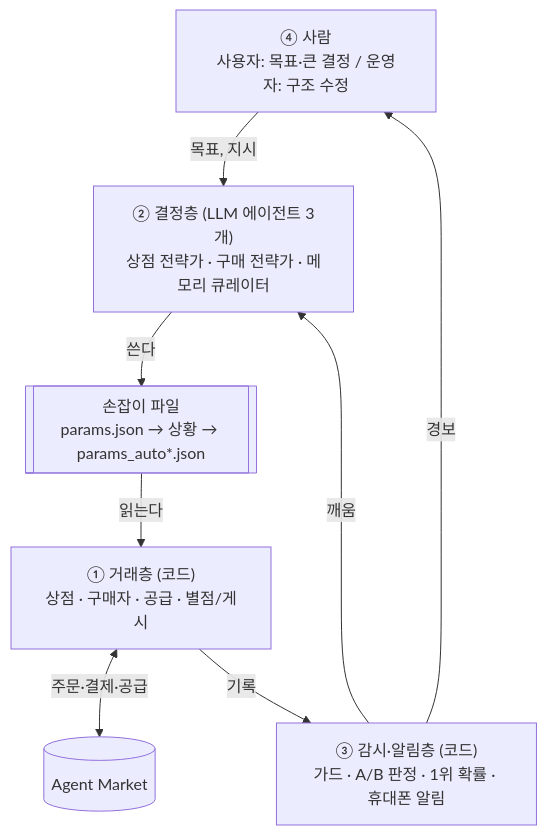
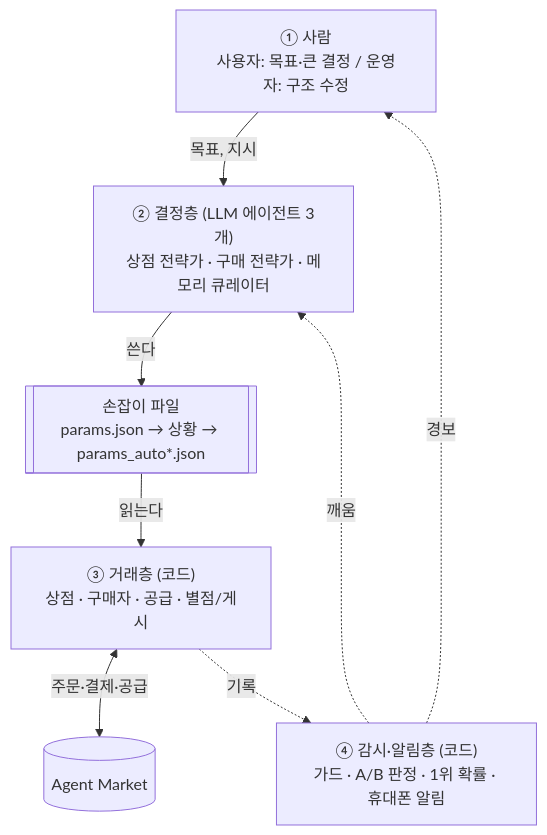
One commit to Q00/ai-agent-engineering-101 changed the first of 8 diagrams in submissions/23530007/week-08/REPORT.md. Above: the diagram before and after it, drawn with Mermaid. The commit also changed other lines of this file and 2 other files, not shown here.

Commit message:
[week-08] read top-down: the macro diagram goes people -> decision -> knobs -> trading -> market (watch layer as the feedback side loop), section 4 and 7 follow that order, and architecture.pdf is flipped the same way (people on top, market at the bottom)

````diff
--- a/submissions/23530007/week-08/REPORT.md
+++ b/submissions/23530007/week-08/REPORT.md
@@ -74,16 +74,16 @@
 ```mermaid
 flowchart TB
-  H["④ 사람<br/>사용자: 목표·큰 결정 / 운영자: 구조 수정"]
-  W["③ 감시·알림층 (코드)<br/>가드 · A/B 판정 · 1위 확률 · 휴대폰 알림"]
+  H["① 사람<br/>사용자: 목표·큰 결정 / 운영자: 구조 수정"]
   D["② 결정층 (LLM 에이전트 3개)<br/>상점 전략가 · 구매 전략가 · 메모리 큐레이터"]
   K[["손잡이 파일<br/>params.json → 상황 → params_auto*.json"]]
-  T["① 거래층 (코드)<br/>상점 · 구매자 · 공급 · 별점/게시"]
+  T["③ 거래층 (코드)<br/>상점 · 구매자 · 공급 · 별점/게시"]
   M[("Agent Market")]
+  W["④ 감시·알림층 (코드)<br/>가드 · A/B 판정 · 1위 확률 · 휴대폰 알림"]
   H -->|목표, 지시| D
-  W -->|경보| H
-  W -->|깨움| D
   D -->|쓴다| K
   K -->|읽는다| T
   T <-->|주문·결제·공급| M
-  T -->|기록| W
+  T -.->|기록| W
+  W -.->|깨움| D
+  W -.->|경보| H
 ```
````
